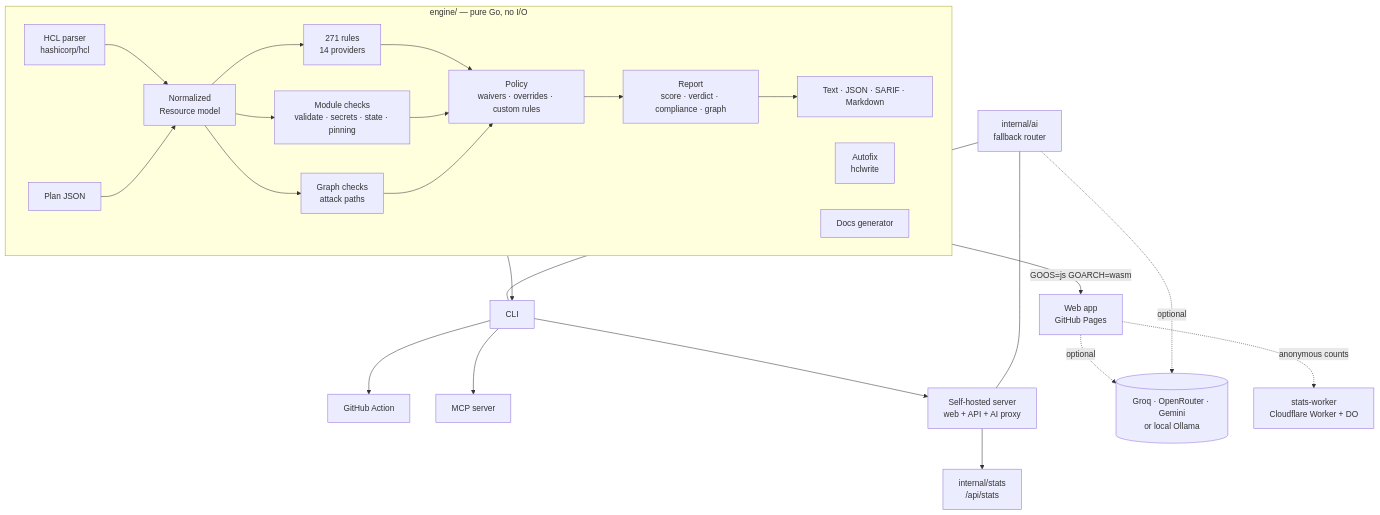
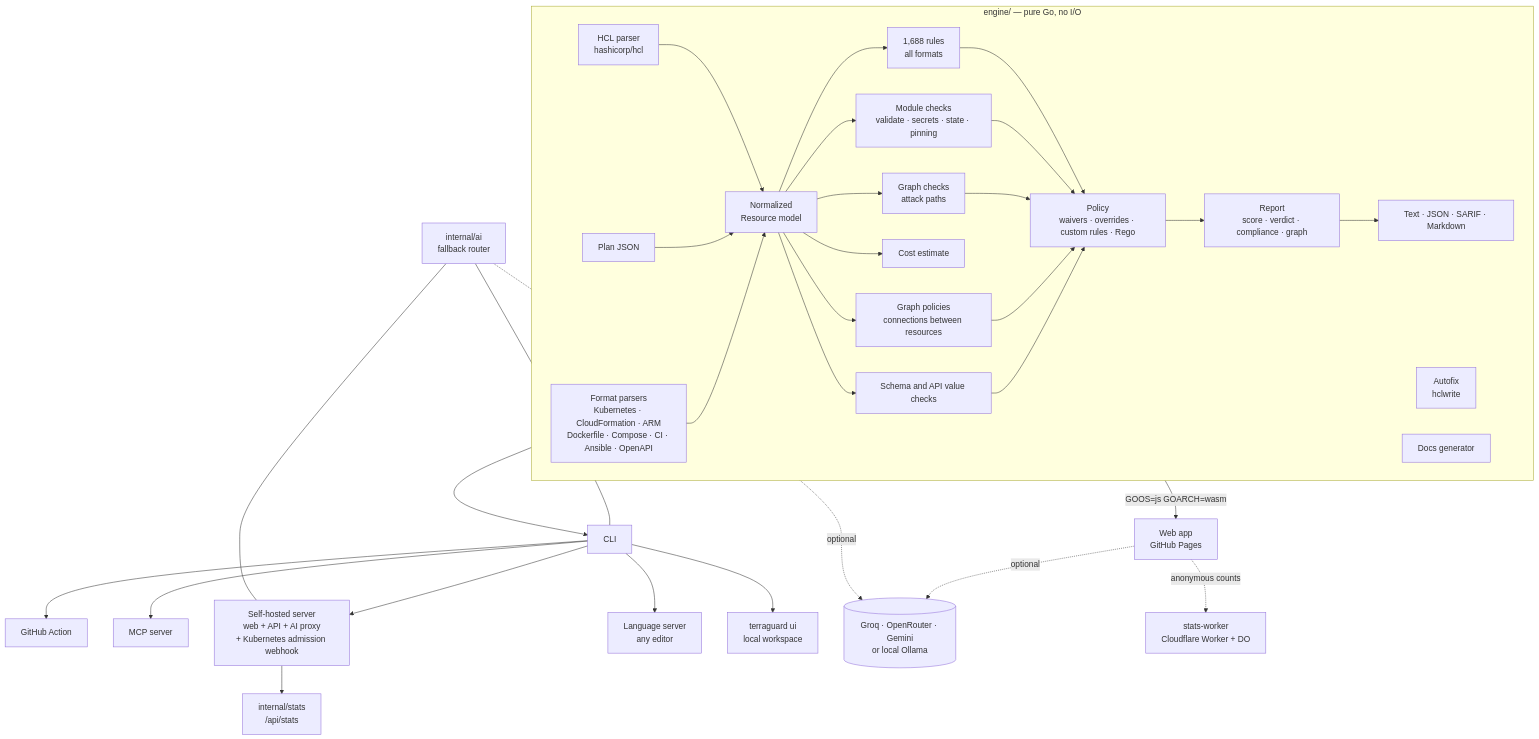
The first of 13 diagrams in docs/ARCHITECTURE.md (Karthik-099/TERRAGUARD), drawn with Mermaid before and after one commit. The commit also changed other lines of this file and 238 other files, not shown here.

Commit message:
feat: K8s and Dockerfile auto-fix, Azure and Google value checks, cross-module inputs, Pulumi, Crossplane and Deployment Manager, offline vuln scan, drift and inventory, fix --pr, Neovim and JetBrains, signed checksums and CycloneDX SBOM, brand logos on the site

````diff
--- a/docs/ARCHITECTURE.md
+++ b/docs/ARCHITECTURE.md
@@ -65,29 +65,35 @@
 ```mermaid
 flowchart TB
   subgraph Engine["engine/ — pure Go, no I/O"]
     direction LR
     P[HCL parser<br/>hashicorp/hcl] --> N[Normalized<br/>Resource model]
     PL[Plan JSON] --> N
-    N --> R[271 rules<br/>14 providers]
+    FP[Format parsers<br/>Kubernetes · CloudFormation · ARM<br/>Dockerfile · Compose · CI · Ansible · OpenAPI] --> N
+    N --> R[1,688 rules<br/>all formats]
+    N --> GP[Graph policies<br/>connections between resources]
+    N --> V[Schema and API value checks]
+    N --> COST[Cost estimate]
     N --> M[Module checks<br/>validate · secrets · state · pinning]
     N --> G[Graph checks<br/>attack paths]
-    R & M & G --> POL[Policy<br/>waivers · overrides · custom rules]
+    R & M & G & GP & V --> POL[Policy<br/>waivers · overrides · custom rules · Rego]
     POL --> REP[Report<br/>score · verdict · compliance · graph]
     REP --> FMT[Text · JSON · SARIF · Markdown]
     FX[Autofix<br/>hclwrite]
     DOC[Docs generator]
   end
 
   Engine -- GOOS=js GOARCH=wasm --> WEB[Web app<br/>GitHub Pages]
   Engine --> CLI[CLI]
   CLI --> ACT[GitHub Action]
   CLI --> MCP[MCP server]
-  CLI --> SRV[Self-hosted server<br/>web + API + AI proxy]
+  CLI --> SRV[Self-hosted server<br/>web + API + AI proxy<br/>+ Kubernetes admission webhook]
+  CLI --> LSP[Language server<br/>any editor]
+  CLI --> UI[terraguard ui<br/>local workspace]
 
   AIR[internal/ai<br/>fallback router] --- CLI
   AIR --- SRV
   WEB -. optional .-> LLM[(Groq · OpenRouter · Gemini<br/>or local Ollama)]
   AIR -. optional .-> LLM
   WEB -. anonymous counts .-> SW[stats-worker<br/>Cloudflare Worker + DO]
   SRV --> ST[internal/stats<br/>/api/stats]
 ```
````
